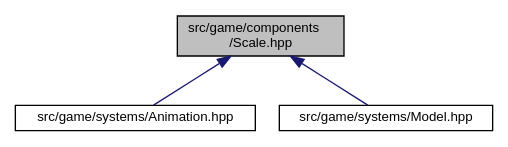
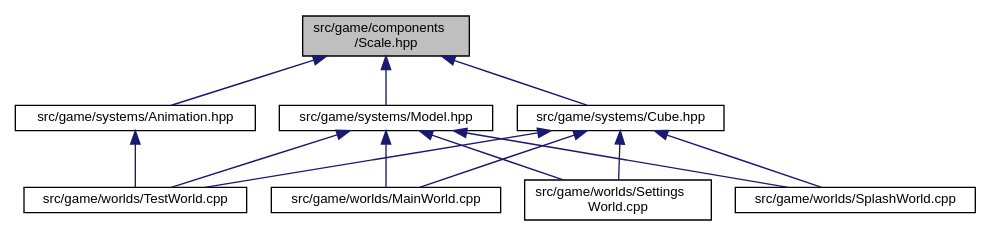
The diagram in _scale_8hpp__dep__incl.dot (MisterPeModder/Bomberman-Global-Offensive), drawn with Graphviz before and after one commit. The commit also changed 698 other files, not shown here.

```diff
--- a/_scale_8hpp__dep__incl.dot
+++ b/_scale_8hpp__dep__incl.dot
@@ -1,11 +1,26 @@
 digraph "src/game/components/Scale.hpp"
 {
  // LATEX_PDF_SIZE
   edge [fontname="Helvetica",fontsize="10",labelfontname="Helvetica",labelfontsize="10"];
   node [fontname="Helvetica",fontsize="10",shape=record];
   Node1 [label="src/game/components\l/Scale.hpp",height=0.2,width=0.4,color="black", fillcolor="grey75", style="filled", fontcolor="black",tooltip=" "];
   Node1 -> Node2 [dir="back",color="midnightblue",fontsize="10",style="solid",fontname="Helvetica"];
   Node2 [label="src/game/systems/Animation.hpp",height=0.2,width=0.4,color="black", fillcolor="white", style="filled",URL="$game_2systems_2_animation_8hpp.html",tooltip=" "];
-  Node1 -> Node3 [dir="back",color="midnightblue",fontsize="10",style="solid",fontname="Helvetica"];
-  Node3 [label="src/game/systems/Model.hpp",height=0.2,width=0.4,color="black", fillcolor="white", style="filled",URL="$game_2systems_2_model_8hpp.html",tooltip=" "];
+  Node2 -> Node3 [dir="back",color="midnightblue",fontsize="10",style="solid",fontname="Helvetica"];
+  Node3 [label="src/game/worlds/TestWorld.cpp",height=0.2,width=0.4,color="black", fillcolor="white", style="filled",URL="$_test_world_8cpp.html",tooltip=" "];
+  Node1 -> Node4 [dir="back",color="midnightblue",fontsize="10",style="solid",fontname="Helvetica"];
+  Node4 [label="src/game/systems/Cube.hpp",height=0.2,width=0.4,color="black", fillcolor="white", style="filled",URL="$game_2systems_2_cube_8hpp.html",tooltip=" "];
+  Node4 -> Node5 [dir="back",color="midnightblue",fontsize="10",style="solid",fontname="Helvetica"];
+  Node5 [label="src/game/worlds/MainWorld.cpp",height=0.2,width=0.4,color="black", fillcolor="white", style="filled",URL="$_main_world_8cpp.html",tooltip=" "];
+  Node4 -> Node6 [dir="back",color="midnightblue",fontsize="10",style="solid",fontname="Helvetica"];
+  Node6 [label="src/game/worlds/Settings\lWorld.cpp",height=0.2,width=0.4,color="black", fillcolor="white", style="filled",URL="$_settings_world_8cpp.html",tooltip=" "];
+  Node4 -> Node7 [dir="back",color="midnightblue",fontsize="10",style="solid",fontname="Helvetica"];
+  Node7 [label="src/game/worlds/SplashWorld.cpp",height=0.2,width=0.4,color="black", fillcolor="white", style="filled",URL="$_splash_world_8cpp.html",tooltip=" "];
+  Node4 -> Node3 [dir="back",color="midnightblue",fontsize="10",style="solid",fontname="Helvetica"];
+  Node1 -> Node8 [dir="back",color="midnightblue",fontsize="10",style="solid",fontname="Helvetica"];
+  Node8 [label="src/game/systems/Model.hpp",height=0.2,width=0.4,color="black", fillcolor="white", style="filled",URL="$game_2systems_2_model_8hpp.html",tooltip=" "];
+  Node8 -> Node5 [dir="back",color="midnightblue",fontsize="10",style="solid",fontname="Helvetica"];
+  Node8 -> Node6 [dir="back",color="midnightblue",fontsize="10",style="solid",fontname="Helvetica"];
+  Node8 -> Node7 [dir="back",color="midnightblue",fontsize="10",style="solid",fontname="Helvetica"];
+  Node8 -> Node3 [dir="back",color="midnightblue",fontsize="10",style="solid",fontname="Helvetica"];
 }
```
